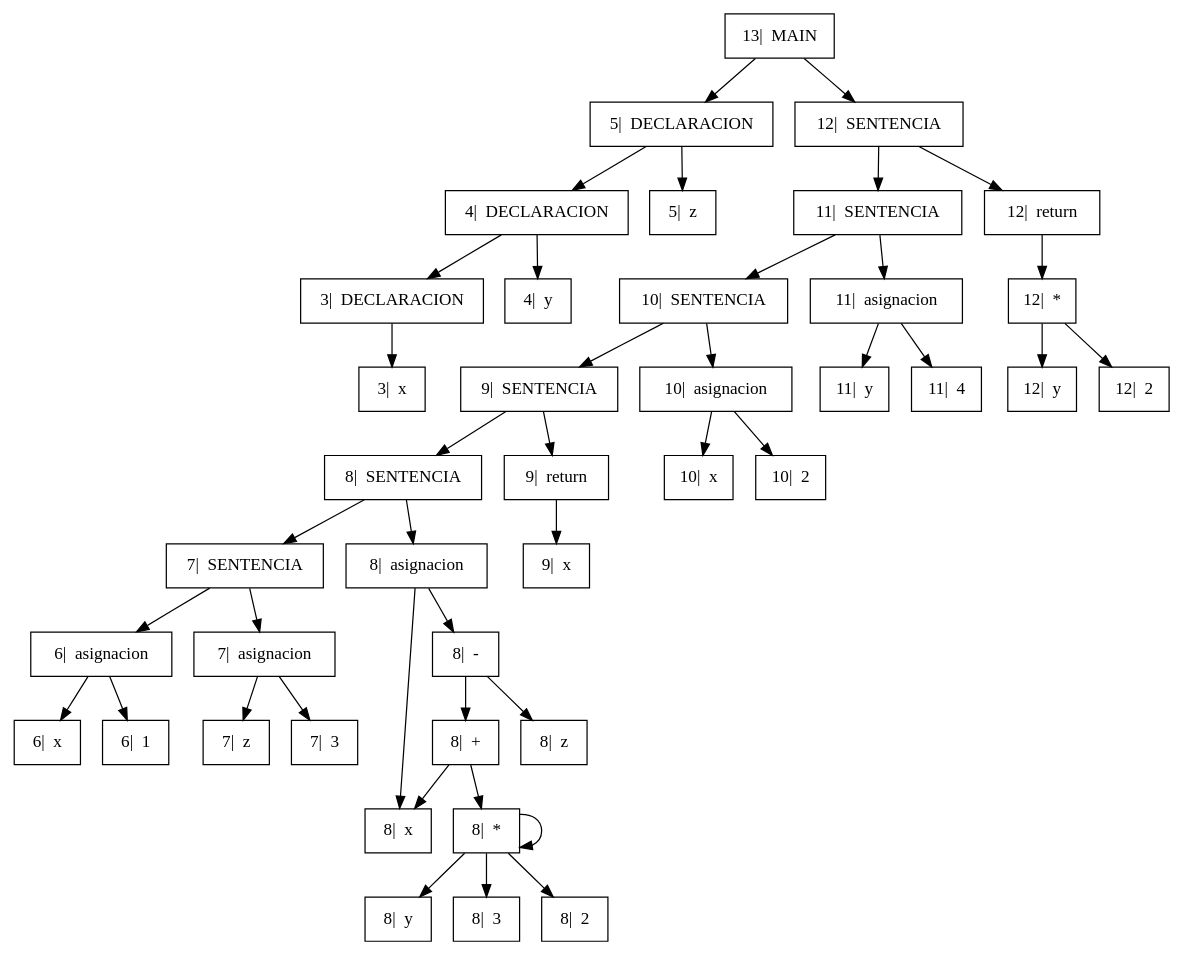
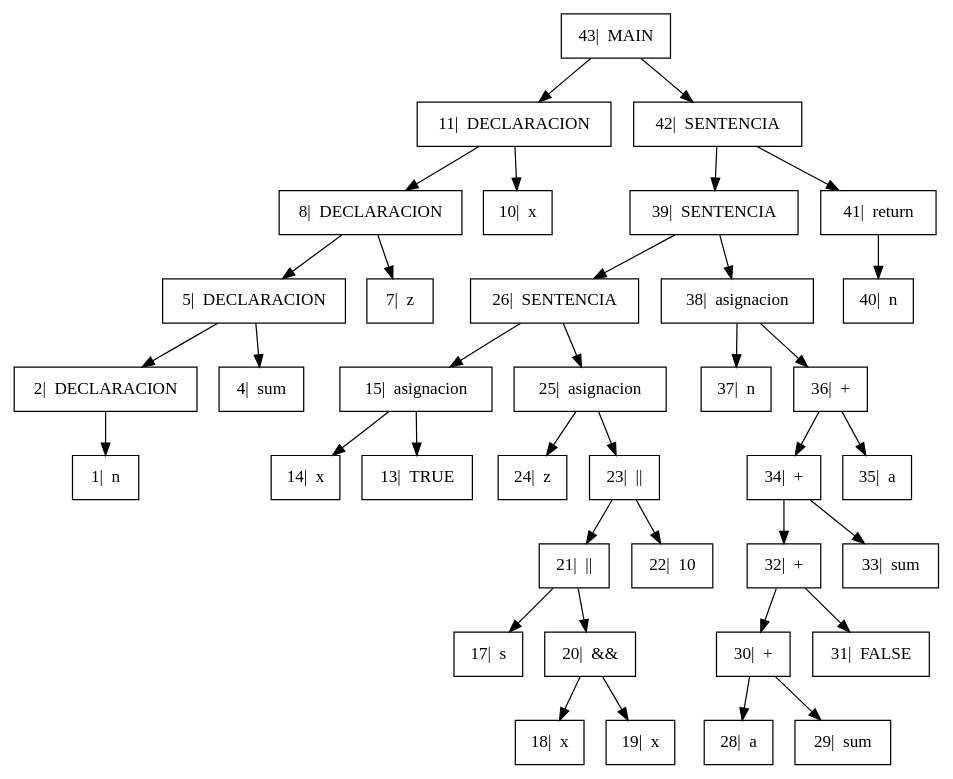
One commit to GiovA07/PRE-PROYECTO-COMPILADORES changed the diagram in Proyecto/Arbol.dot. Above: the diagram before and after it, drawn with Graphviz. The commit also changed 9 other files, not shown here.

```diff
--- a/Proyecto/Arbol.dot
+++ b/Proyecto/Arbol.dot
@@ -1,28 +1,25 @@
 digraph{
 
 rankdir=TB;
 
 node[shape=box];
-"13|  MAIN" -> "5|  DECLARACION", "12|  SENTENCIA";
-"5|  DECLARACION" -> "4|  DECLARACION", "5|  z";
-"4|  DECLARACION" -> "3|  DECLARACION", "4|  y";
-"3|  DECLARACION" -> "3|  x" ;
-"12|  SENTENCIA" -> "11|  SENTENCIA", "12|  return";
-"11|  SENTENCIA" -> "10|  SENTENCIA", "11|  asignacion";
-"10|  SENTENCIA" -> "9|  SENTENCIA", "10|  asignacion";
-"9|  SENTENCIA" -> "8|  SENTENCIA", "9|  return";
-"8|  SENTENCIA" -> "7|  SENTENCIA", "8|  asignacion";
-"7|  SENTENCIA" -> "6|  asignacion", "7|  asignacion";
-"6|  asignacion" -> "6|  x", "6|  1";
-"7|  asignacion" -> "7|  z", "7|  3";
-"8|  asignacion" -> "8|  x", "8|  -";
-"8|  -" -> "8|  +", "8|  z";
-"8|  +" -> "8|  x", "8|  *";
-"8|  *" -> "8|  *", "8|  y";
-"8|  *" -> "8|  3", "8|  2";
-"9|  return" -> "9|  x" ;
-"10|  asignacion" -> "10|  x", "10|  2";
-"11|  asignacion" -> "11|  y", "11|  4";
-"12|  return" -> "12|  *" ;
-"12|  *" -> "12|  y", "12|  2";
+"43|  MAIN" -> "11|  DECLARACION", "42|  SENTENCIA";
+"11|  DECLARACION" -> "8|  DECLARACION", "10|  x";
+"8|  DECLARACION" -> "5|  DECLARACION", "7|  z";
+"5|  DECLARACION" -> "2|  DECLARACION", "4|  sum";
+"2|  DECLARACION" -> "1|  n" ;
+"42|  SENTENCIA" -> "39|  SENTENCIA", "41|  return";
+"39|  SENTENCIA" -> "26|  SENTENCIA", "38|  asignacion";
+"26|  SENTENCIA" -> "15|  asignacion", "25|  asignacion";
+"15|  asignacion" -> "14|  x", "13|  TRUE";
+"25|  asignacion" -> "24|  z", "23|  ||";
+"23|  ||" -> "21|  ||", "22|  10";
+"21|  ||" -> "17|  s", "20|  &&";
+"20|  &&" -> "18|  x", "19|  x";
+"38|  asignacion" -> "37|  n", "36|  +";
+"36|  +" -> "34|  +", "35|  a";
+"34|  +" -> "32|  +", "33|  sum";
+"32|  +" -> "30|  +", "31|  FALSE";
+"30|  +" -> "28|  a", "29|  sum";
+"41|  return" -> "40|  n" ;
 }
```
